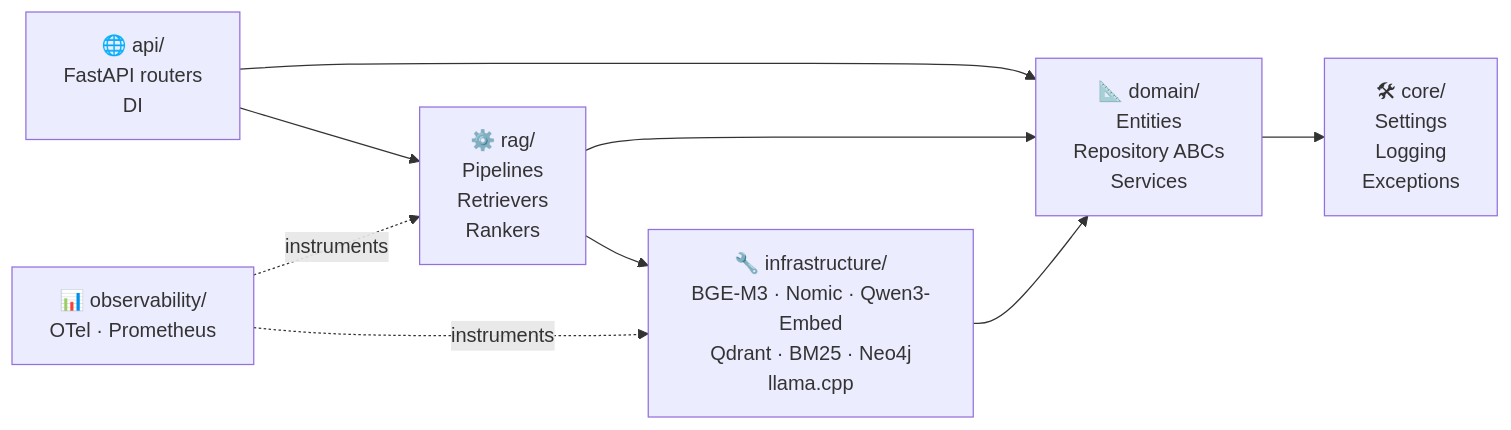
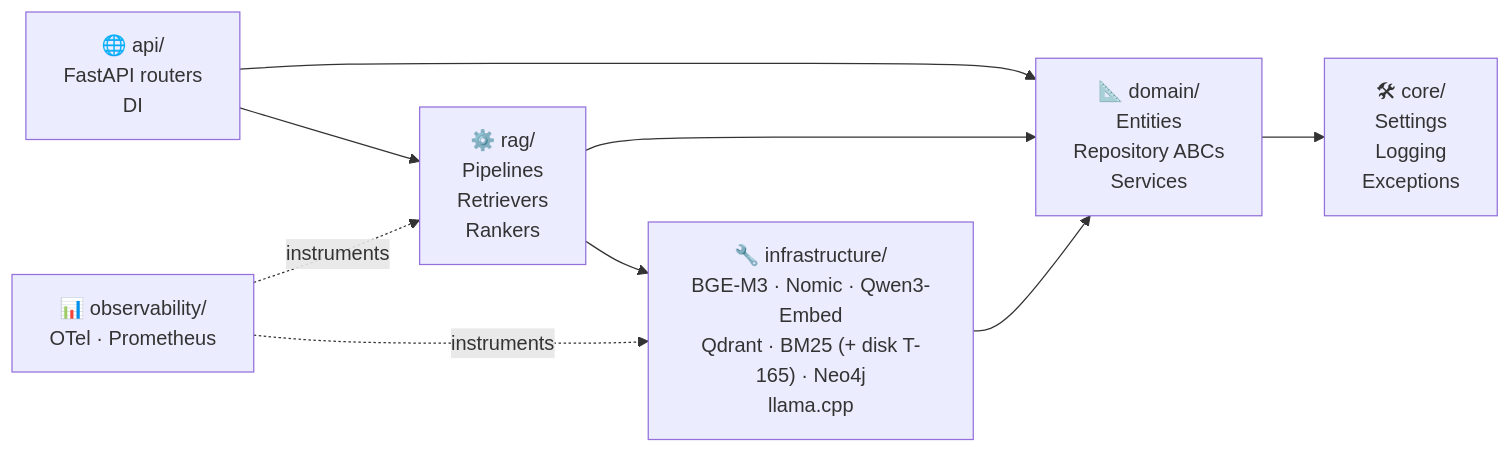
One commit to ealbertoav/rag_platform changed the second of 16 diagrams in README.md. Above: the diagram before and after it, drawn with Mermaid. The commit also changed other lines of this file and 1 other file, not shown here.

First line of the commit message:
Enhance BM25 ingestion pipeline with disk-backed index improvements (T-165):

````diff
--- a/README.md
+++ b/README.md
@@ -144,18 +144,18 @@
 ```mermaid
 flowchart LR
     API["🌐 api/<br/>FastAPI routers<br/>DI"]
     RAG["⚙️ rag/<br/>Pipelines<br/>Retrievers<br/>Rankers"]
     DOMAIN["📐 domain/<br/>Entities<br/>Repository ABCs<br/>Services"]
-    INFRA["🔧 infrastructure/<br/>BGE-M3 · Nomic · Qwen3-Embed<br/>Qdrant · BM25 · Neo4j<br/>llama.cpp"]
+    INFRA["🔧 infrastructure/<br/>BGE-M3 · Nomic · Qwen3-Embed<br/>Qdrant · BM25 (+ disk T-165) · Neo4j<br/>llama.cpp"]
     CORE["🛠 core/<br/>Settings<br/>Logging<br/>Exceptions"]
     OBS["📊 observability/<br/>OTel · Prometheus"]
 
     API --> RAG
     API --> DOMAIN
     RAG --> DOMAIN
     RAG --> INFRA
     INFRA --> DOMAIN
     DOMAIN --> CORE
     OBS -.->|instruments| RAG
     OBS -.->|instruments| INFRA
 ```
````
